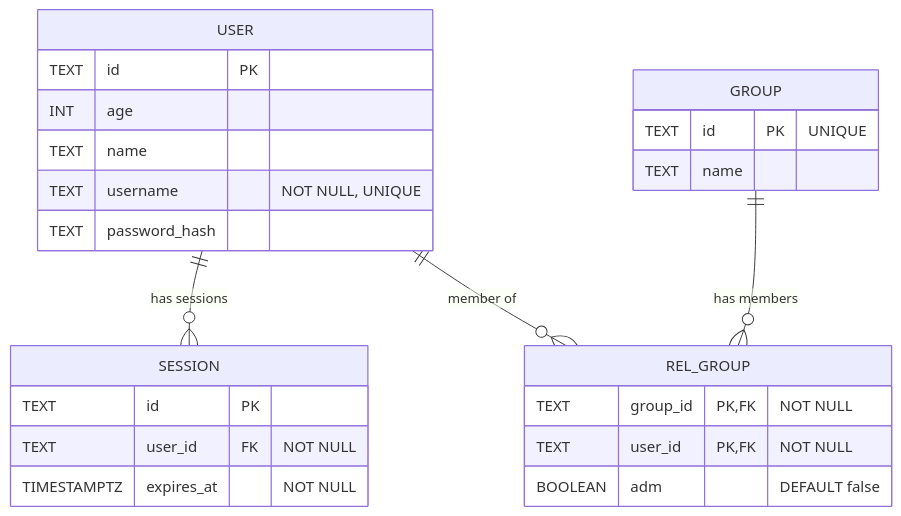
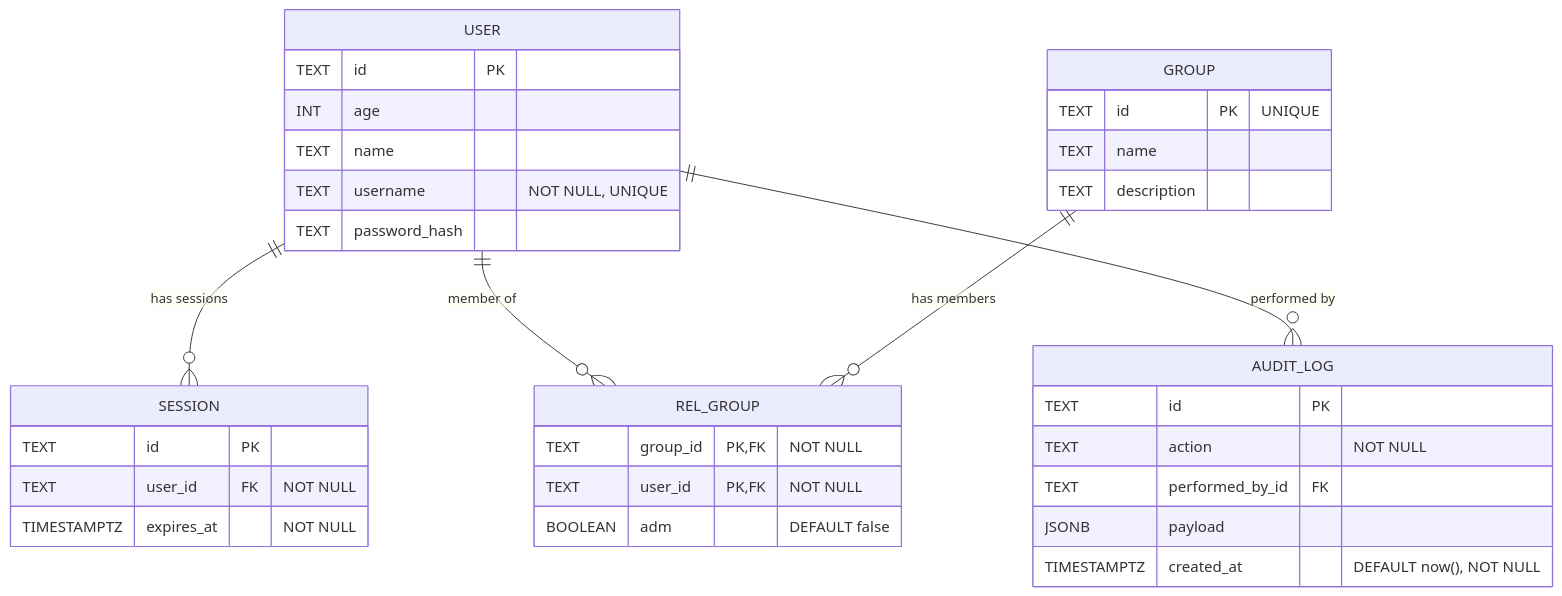
The diagram in src/routes/doc/schema/+page.md (frkr/tesseract-ui), drawn with Mermaid before and after one commit. The commit also changed other lines of this file and 10 other files, not shown here.

Commit message:
feat: Coder 5 - add audit log feature and update schema documentation

````diff
--- a/src/routes/doc/schema/+page.md
+++ b/src/routes/doc/schema/+page.md
@@ -8,31 +9,41 @@
 ```mermaid
 erDiagram
     USER {
         TEXT id PK
         INT age
         TEXT name
         TEXT username "NOT NULL, UNIQUE"
         TEXT password_hash
     }
 
     SESSION {
         TEXT id PK
         TEXT user_id FK "NOT NULL"
         TIMESTAMPTZ expires_at "NOT NULL"
     }
 
     GROUP {
         TEXT id PK "UNIQUE"
         TEXT name
+        TEXT description
     }
 
     REL_GROUP {
         TEXT group_id PK,FK "NOT NULL"
         TEXT user_id PK,FK "NOT NULL"
         BOOLEAN adm "DEFAULT false"
     }
 
+    AUDIT_LOG {
+        TEXT id PK
+        TEXT action "NOT NULL"
+        TEXT performed_by_id FK
+        JSONB payload
+        TIMESTAMPTZ created_at "DEFAULT now(), NOT NULL"
+    }
+
     USER ||--o{ SESSION : "has sessions"
     USER ||--o{ REL_GROUP : "member of"
+    USER ||--o{ AUDIT_LOG : "performed by"
     GROUP ||--o{ REL_GROUP : "has members"
 ```
````
